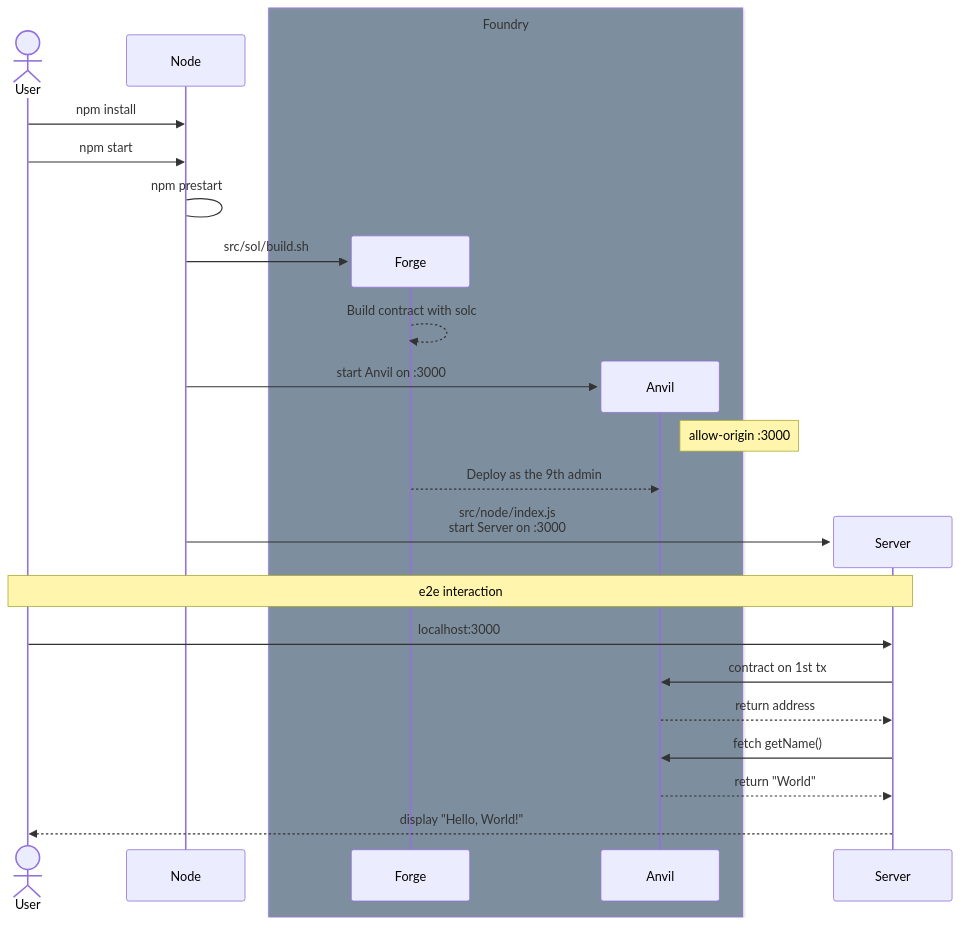
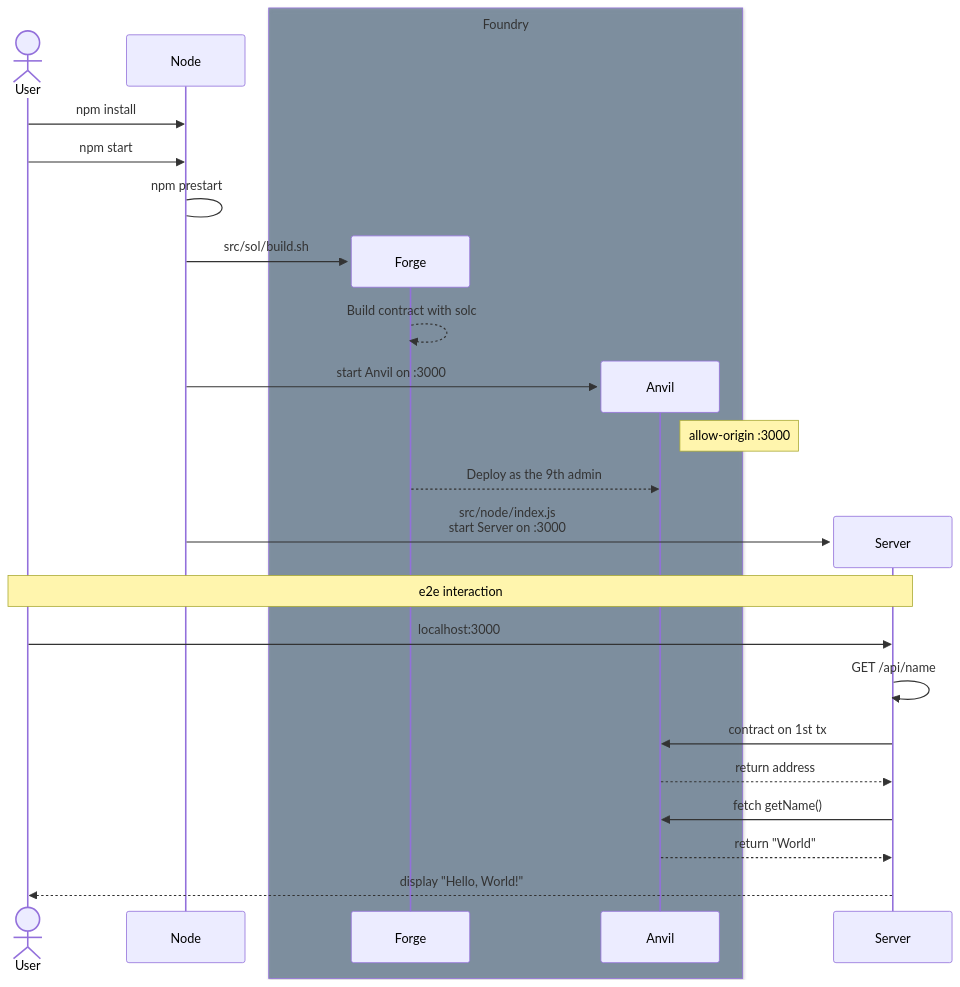
One commit to ooMia/hands-on-dapp changed the diagram in README.md. Above: the diagram before and after it, drawn with Mermaid. The commit also changed other lines of this file, not shown here.

````diff
--- a/README.md
+++ b/README.md
@@ -15,35 +21,36 @@
 ```mermaid
 sequenceDiagram
 
     actor U as User
     participant N as Node
 
     U ->> N: npm install
     U ->> N: npm start
     N -> N: npm prestart
 
     create participant F as Forge
     N ->> F: src/sol/build.sh
     F -->> F: Build contract with solc
     create participant A as Anvil
     N ->> A: start Anvil on :3000
     Note right of A: allow-origin :3000
 
     F -->> A: Deploy as the 9th admin
 
     box rgba(33,66,99,0.5) Foundry
     participant A
     participant F
     end
 
     create participant S as Server
     N ->> S: src/node/index.js<br>start Server on :3000
 
     Note over U,S: e2e interaction
     U ->> S: localhost:3000
+    S ->> S: GET /api/name
     S ->> A: contract on 1st tx
     A -->> S: return address
     S ->> A: fetch getName()
     A -->> S: return "World"
     S -->> U: display "Hello, World!"
 ```
````
